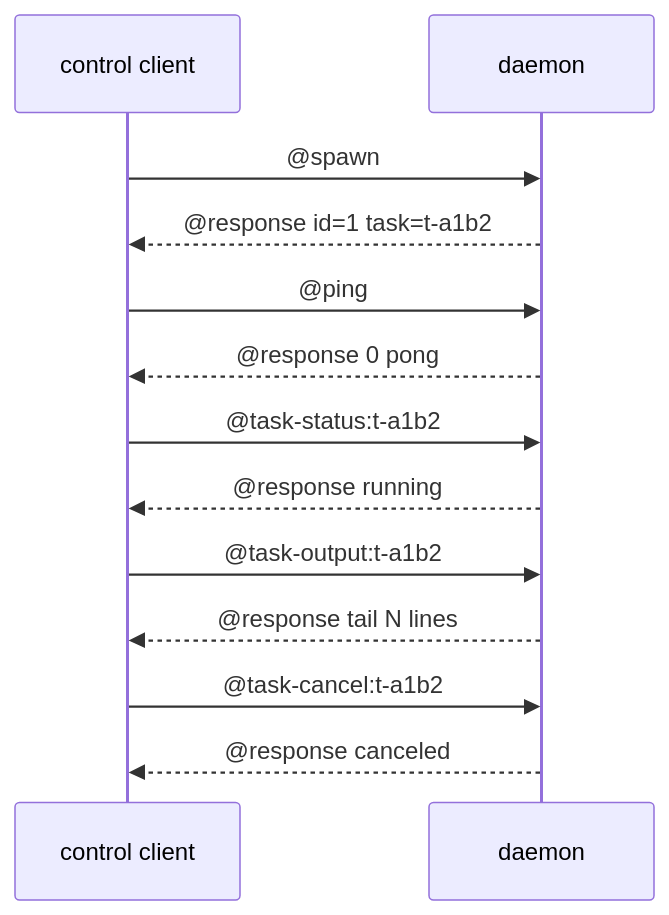
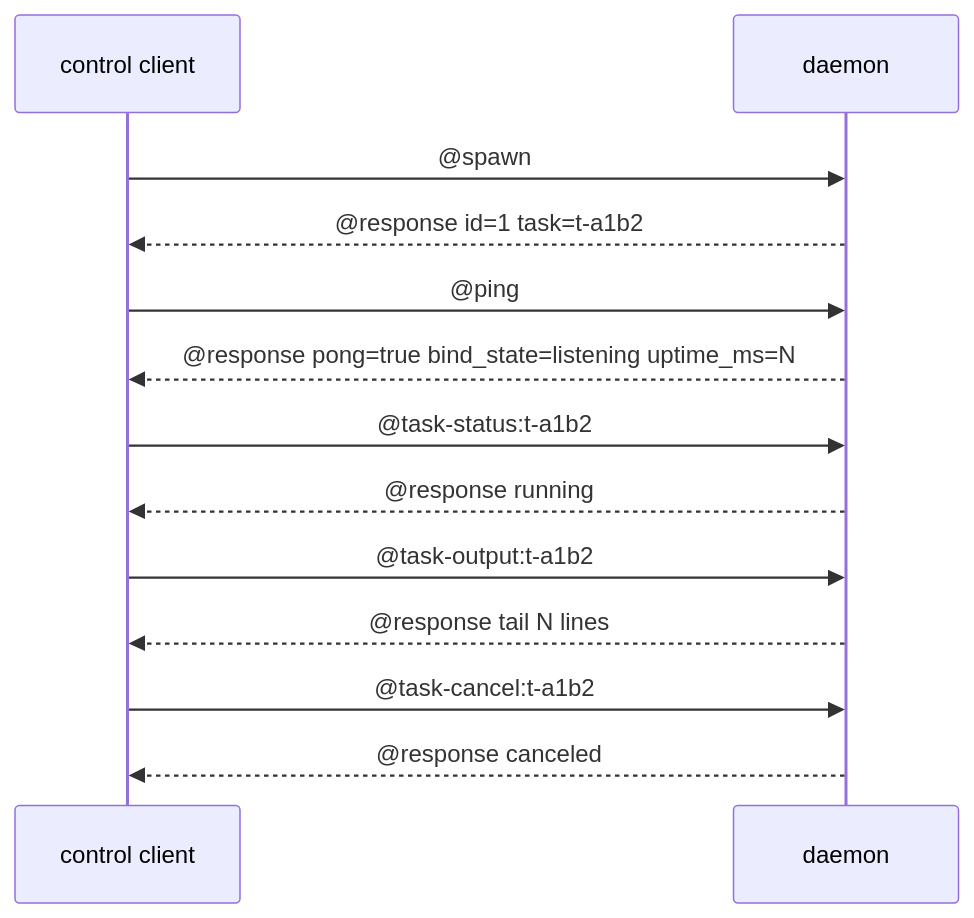
The second of 3 diagrams in specs/rdog-task-spawn-control-plan.md (raiscui/rustdog), drawn with Mermaid before and after one commit. The commit also changed 25 other files, not shown here.

````diff
--- a/specs/rdog-task-spawn-control-plan.md
+++ b/specs/rdog-task-spawn-control-plan.md
@@ -103,15 +103,15 @@
 ```mermaid
 sequenceDiagram
     participant C as control client
     participant D as daemon
     C->>D: @spawn#1:~/proj: cargo build
     D-->>C: @response id=1 task=t-a1b2
     C->>D: @ping
-    D-->>C: @response 0 pong
+    D-->>C: @response pong=true bind_state=listening uptime_ms=N
     C->>D: @task-status:t-a1b2
     D-->>C: @response running
     C->>D: @task-output:t-a1b2
     D-->>C: @response tail N lines
     C->>D: @task-cancel:t-a1b2
     D-->>C: @response canceled
 ```
````
